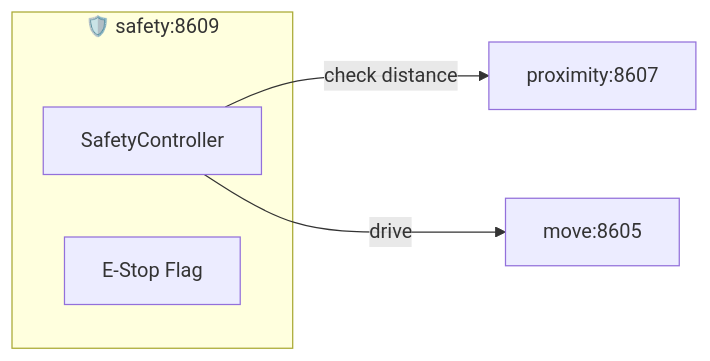
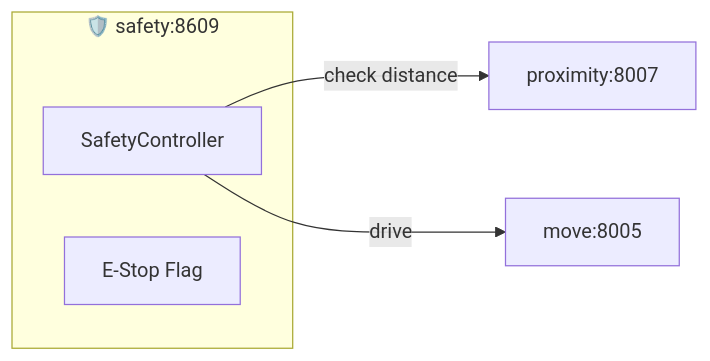
Diagram 14 of 23 in README.md (SeEngel/pi_rc_bot), drawn with Mermaid before and after one commit. The commit also changed other lines of this file, not shown here.

````diff
--- a/README.md
+++ b/README.md
@@ -489,10 +521,10 @@
 ```mermaid
 flowchart LR
     subgraph SAFETY_SVC["🛡️ safety:8609"]
         SAFETY["SafetyController"]
         ESTOP["E-Stop Flag"]
     end
     
-    SAFETY -->|check distance| PROX["proximity:8607"]
-    SAFETY -->|drive| MOVE["move:8605"]
+    SAFETY -->|check distance| PROX["proximity:8007"]
+    SAFETY -->|drive| MOVE["move:8005"]
 ```
````
